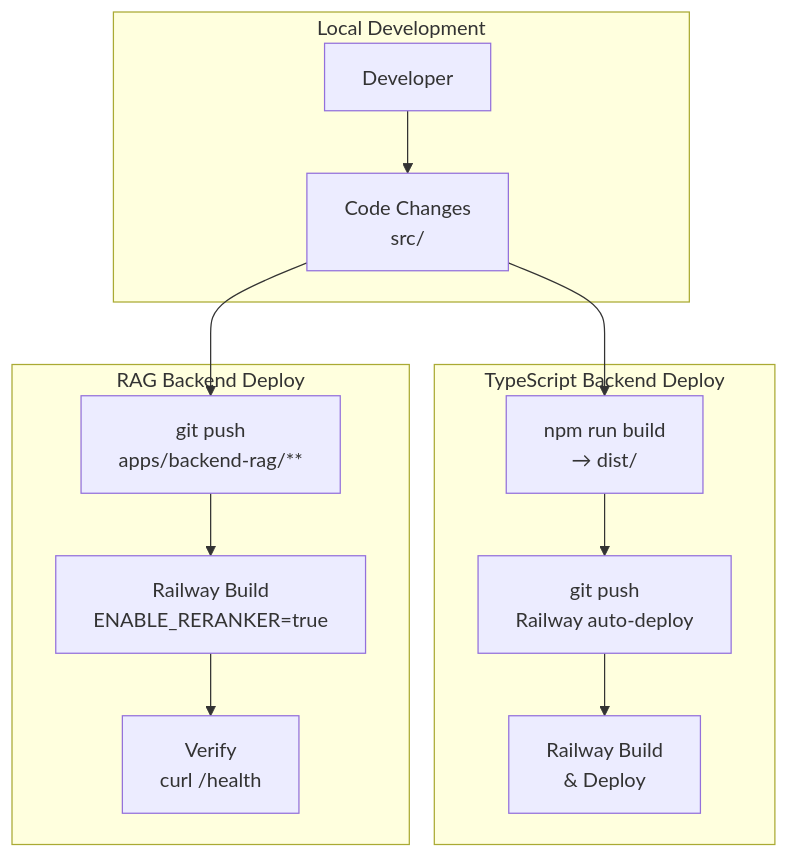
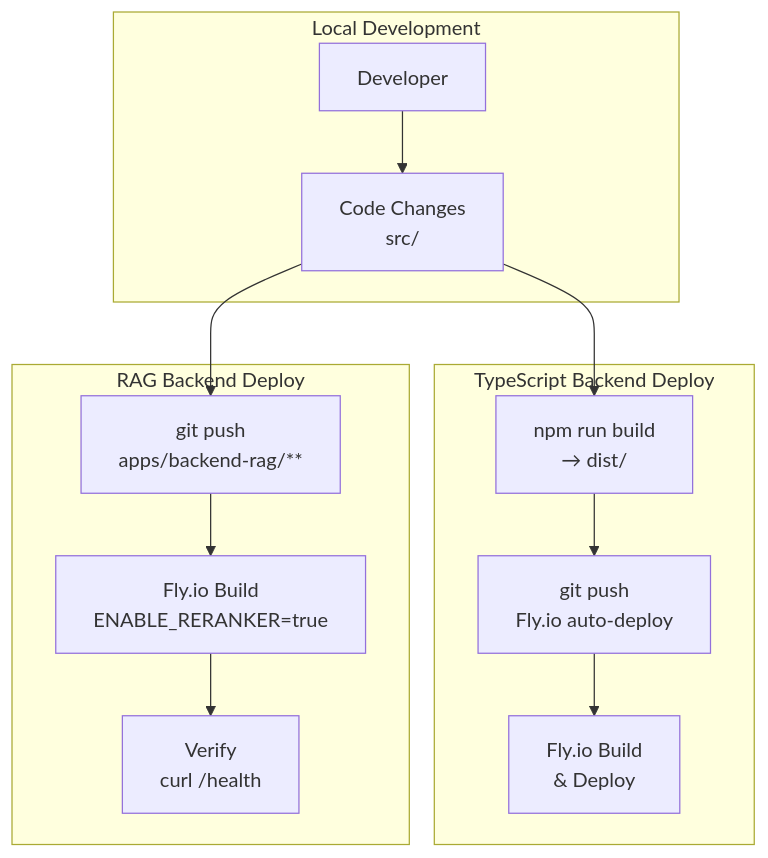
The fourth of 4 diagrams in docs/architecture/ARCHITECTURE.md (Balizero1987/nuzantara), drawn with Mermaid before and after one commit. The commit also changed other lines of this file and 180 other files, not shown here.

````diff
--- a/docs/architecture/ARCHITECTURE.md
+++ b/docs/architecture/ARCHITECTURE.md
@@ -482,28 +482,28 @@
 ```mermaid
 graph TB
     subgraph "Local Development"
         Dev[Developer]
         Code[Code Changes<br/>src/]
     end
 
     subgraph "TypeScript Backend Deploy"
         Build1[npm run build<br/>→ dist/]
-        Push1[git push<br/>Railway auto-deploy]
-        Railway1[Railway Build<br/>& Deploy]
+        Push1[git push<br/>Fly.io auto-deploy]
+        Fly.io1[Fly.io Build<br/>& Deploy]
     end
 
     subgraph "RAG Backend Deploy"
         Push2[git push<br/>apps/backend-rag/**]
-        Railway2[Railway Build<br/>ENABLE_RERANKER=true]
+        Fly.io2[Fly.io Build<br/>ENABLE_RERANKER=true]
         Verify[Verify<br/>curl /health]
     end
 
     Dev --> Code
     Code --> Build1
     Build1 --> Push1
-    Push1 --> Railway1
+    Push1 --> Fly.io1
 
     Code --> Push2
-    Push2 --> Railway2
-    Railway2 --> Verify
+    Push2 --> Fly.io2
+    Fly.io2 --> Verify
 ```
````
